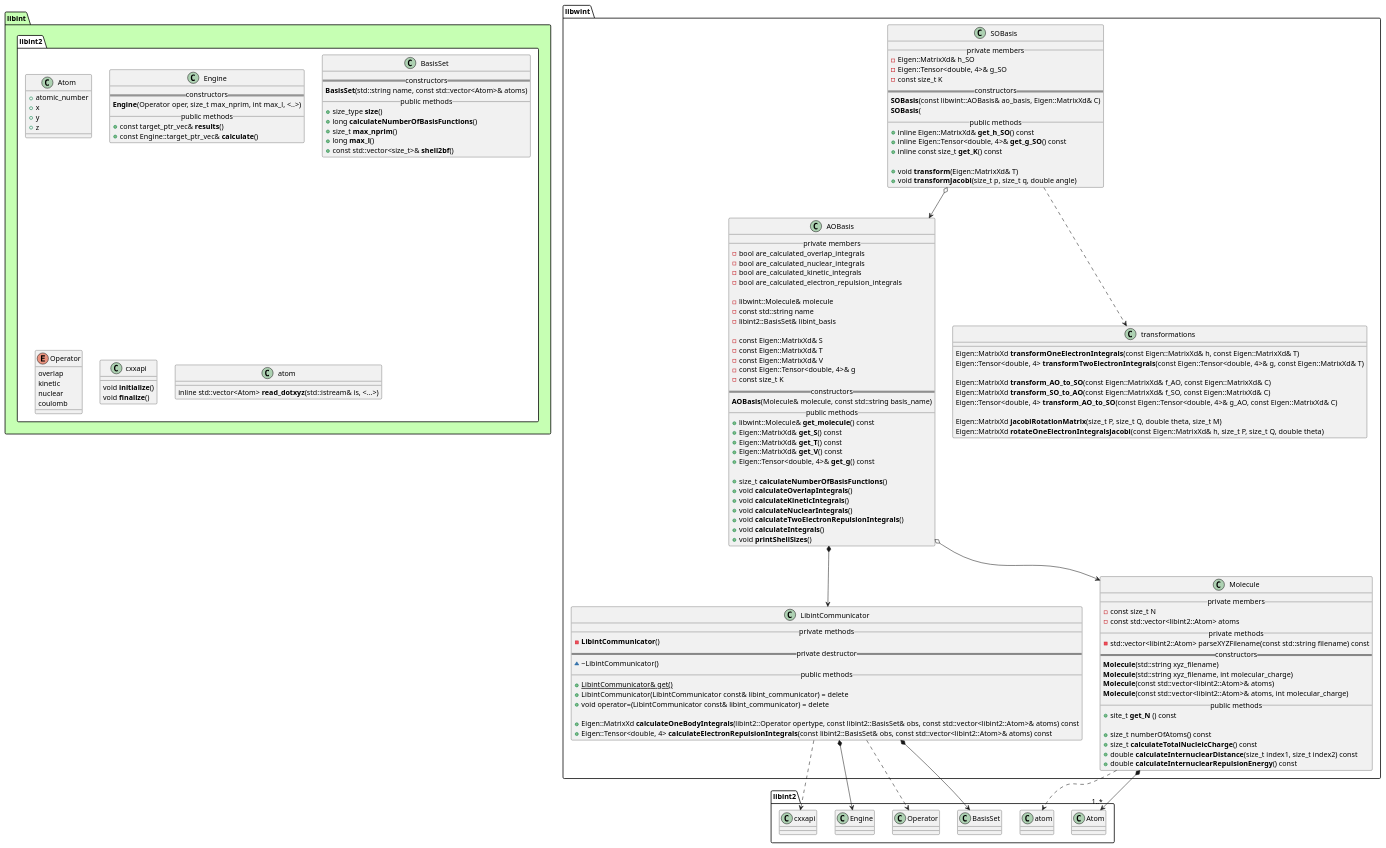
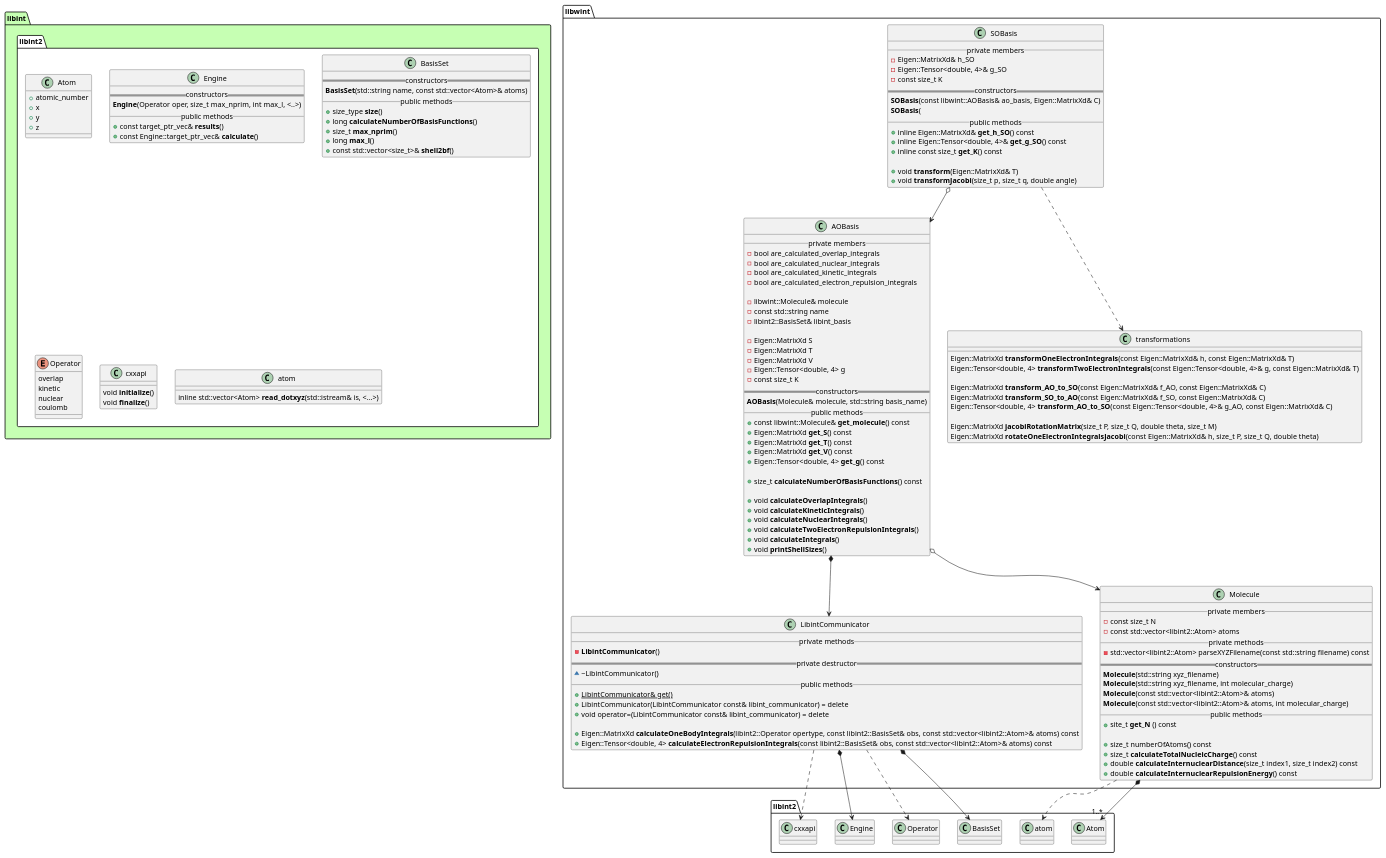
The diagram in docs/libwint.puml (tmhuysen/libwint), drawn with PlantUML before and after one commit. The commit also changed 2 other files, not shown here.

Commit message:
Const-correctness for AOBasis.

```diff
--- a/docs/libwint.puml
+++ b/docs/libwint.puml
@@ -1,176 +1,177 @@
 @startuml
 
 
 
 package libint #c6ffb3 {
     namespace libint2 #ffffff {
         class Atom {
             + atomic_number
             + x
             + y
             + z
         }
 
         class Engine {
             == constructors ==
                 **Engine**(Operator oper, size_t max_nprim, int max_l, <..>)
             __ public methods __
                 + const target_ptr_vec& **results**()
                 + const Engine::target_ptr_vec& **calculate**()
         }
 
         class BasisSet {
             == constructors ==
                 **BasisSet**(std::string name, const std::vector<Atom>& atoms)
             __ public methods __
                 + size_type **size**()
                 + long **calculateNumberOfBasisFunctions**()
                 + size_t **max_nprim**()
                 + long **max_l**()
                 + const std::vector<size_t>& **shell2bf**()
         }
 
         enum Operator {
             overlap
             kinetic
             nuclear
             coulomb
         }
 
         class cxxapi {
                 void **initialize**()
                 void **finalize**()
         }
 
         class atom {
             inline std::vector<Atom> **read_dotxyz**(std::istream& is, <...>)
         }
     }
 }
 
 
 
 
 namespace libwint {
 
     class AOBasis {
         __ private members __
             - bool are_calculated_overlap_integrals
             - bool are_calculated_nuclear_integrals
             - bool are_calculated_kinetic_integrals
             - bool are_calculated_electron_repulsion_integrals
 
             - libwint::Molecule& molecule
             - const std::string name
             - libint2::BasisSet& libint_basis
 
-            - const Eigen::MatrixXd& S
-            - const Eigen::MatrixXd& T
-            - const Eigen::MatrixXd& V
-            - const Eigen::Tensor<double, 4>& g
+            - Eigen::MatrixXd S
+            - Eigen::MatrixXd T
+            - Eigen::MatrixXd V
+            - Eigen::Tensor<double, 4> g
             - const size_t K
         == constructors ==
-            **AOBasis**(Molecule& molecule, const std::string basis_name)
+            **AOBasis**(Molecule& molecule, std::string basis_name)
         __ public methods __
-            + libwint::Molecule& **get_molecule**() const
-            + Eigen::MatrixXd& **get_S**() const
-            + Eigen::MatrixXd& **get_T**() const
-            + Eigen::MatrixXd& **get_V**() const
-            + Eigen::Tensor<double, 4>& **get_g**() const
+            + const libwint::Molecule& **get_molecule**() const
+            + Eigen::MatrixXd **get_S**() const
+            + Eigen::MatrixXd **get_T**() const
+            + Eigen::MatrixXd **get_V**() const
+            + Eigen::Tensor<double, 4> **get_g**() const
 
-            + size_t **calculateNumberOfBasisFunctions**()
+            + size_t **calculateNumberOfBasisFunctions**() const
+
             + void **calculateOverlapIntegrals**()
             + void **calculateKineticIntegrals**()
             + void **calculateNuclearIntegrals**()
             + void **calculateTwoElectronRepulsionIntegrals**()
             + void **calculateIntegrals**()
             + void **printShellSizes**()
     }
 
 
     class SOBasis {
         __ private members __
             - Eigen::MatrixXd& h_SO
             - Eigen::Tensor<double, 4>& g_SO
             - const size_t K
         == constructors ==
             **SOBasis**(const libwint::AOBasis& ao_basis, Eigen::MatrixXd& C)
             **SOBasis**(
         __ public methods __
             + inline Eigen::MatrixXd& **get_h_SO**() const
             + inline Eigen::Tensor<double, 4>& **get_g_SO**() const
             + inline const size_t **get_K**() const
 
             + void **transform**(Eigen::MatrixXd& T)
             + void **transformJacobi**(size_t p, size_t q, double angle)
     }
 
 
     class transformations {
             Eigen::MatrixXd **transformOneElectronIntegrals**(const Eigen::MatrixXd& h, const Eigen::MatrixXd& T)
             Eigen::Tensor<double, 4> **transformTwoElectronIntegrals**(const Eigen::Tensor<double, 4>& g, const Eigen::MatrixXd& T)
 
             Eigen::MatrixXd **transform_AO_to_SO**(const Eigen::MatrixXd& f_AO, const Eigen::MatrixXd& C)
             Eigen::MatrixXd **transform_SO_to_AO**(const Eigen::MatrixXd& f_SO, const Eigen::MatrixXd& C)
             Eigen::Tensor<double, 4> **transform_AO_to_SO**(const Eigen::Tensor<double, 4>& g_AO, const Eigen::MatrixXd& C)
 
             Eigen::MatrixXd **jacobiRotationMatrix**(size_t P, size_t Q, double theta, size_t M)
             Eigen::MatrixXd **rotateOneElectronIntegralsJacobi**(const Eigen::MatrixXd& h, size_t P, size_t Q, double theta)
     }
 
 
     class LibintCommunicator {
         __ private methods __
             - **LibintCommunicator**()
         == private destructor ==
             ~ ~LibintCommunicator()
         __ public methods __
             + {static} LibintCommunicator& get()
             + LibintCommunicator(LibintCommunicator const& libint_communicator) = delete
             + void operator=(LibintCommunicator const& libint_communicator) = delete
 
             + Eigen::MatrixXd **calculateOneBodyIntegrals**(libint2::Operator opertype, const libint2::BasisSet& obs, const std::vector<libint2::Atom>& atoms) const
             + Eigen::Tensor<double, 4> **calculateElectronRepulsionIntegrals**(const libint2::BasisSet& obs, const std::vector<libint2::Atom>& atoms) const
     }
 
 
     class Molecule {
         __ private members __
             - const size_t N
             - const std::vector<libint2::Atom> atoms
         __ private methods __
             - std::vector<libint2::Atom> parseXYZFilename(const std::string filename) const
         == constructors ==
             **Molecule**(std::string xyz_filename)
             **Molecule**(std::string xyz_filename, int molecular_charge)
             **Molecule**(const std::vector<libint2::Atom>& atoms)
             **Molecule**(const std::vector<libint2::Atom>& atoms, int molecular_charge)
         __ public methods __
             + site_t **get_N** () const
 
             + size_t numberOfAtoms() const
             + size_t **calculateTotalNucleicCharge**() const
             + double **calculateInternuclearDistance**(size_t index1, size_t index2) const
             + double **calculateInternuclearRepulsionEnergy**() const
     }
 
 }
 
 
 
 libwint.AOBasis o--> libwint.Molecule
 libwint.AOBasis *--> libwint.LibintCommunicator
 
 libwint.LibintCommunicator *--> libint2.BasisSet
 libwint.LibintCommunicator ..> libint2.Operator
 libwint.LibintCommunicator *--> libint2.Engine
 libwint.LibintCommunicator ..> libint2.cxxapi
 
 libwint.Molecule *--> "1..*" libint2.Atom
 libwint.Molecule ..> libint2.atom
 
 libwint.SOBasis ..> libwint.transformations
 libwint.SOBasis o--> libwint.AOBasis
 
 
 @enduml
```
